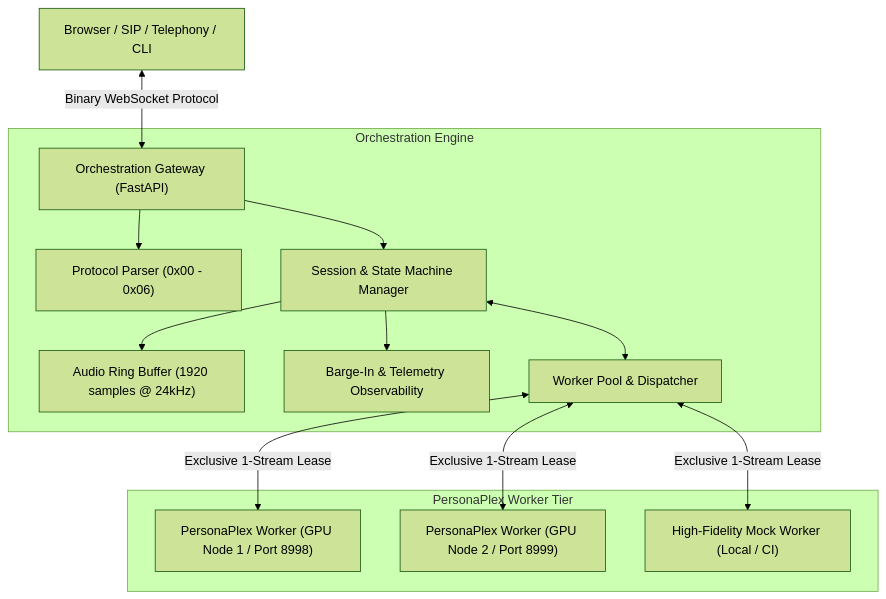
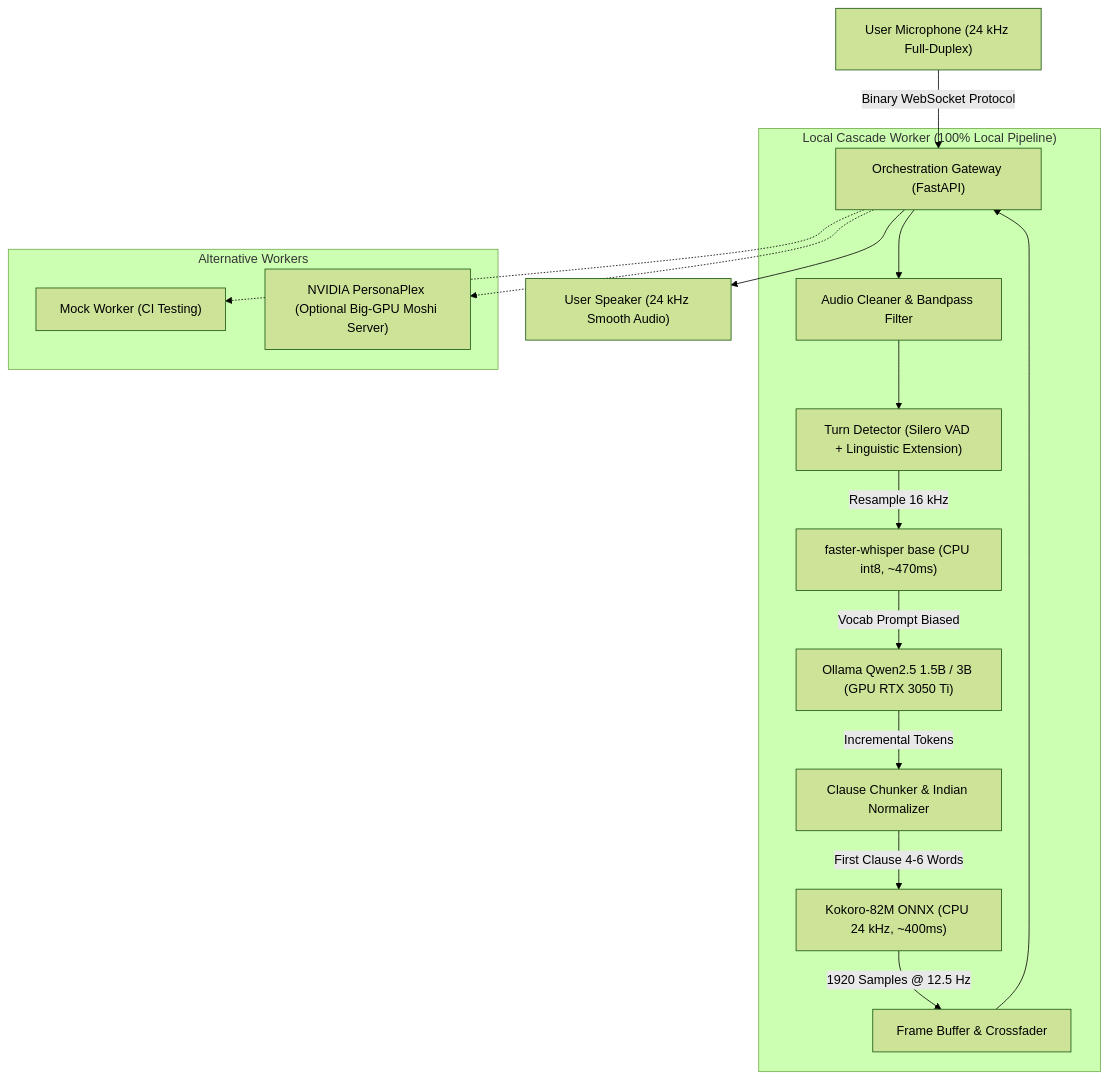
Before and after one commit to kishorrkumar/orchestration_ai: the diagram in README.md, drawn with Mermaid (forest theme). The commit also changed other lines of this file and 53 other files, not shown here.

Commit message:
feat: complete local cascade pipeline, Kokoro neural TTS, and Studio UI enhancements

````diff
--- a/README.md
+++ b/README.md
@@ -11,19 +11,25 @@
 ```mermaid
 flowchart TD
-    Client["Browser / SIP / Telephony / CLI"] <-->|Binary WebSocket Protocol| Gateway["Orchestration Gateway (FastAPI)"]
+    Caller["User Microphone (24 kHz Full-Duplex)"] -->|Binary WebSocket Protocol| Gateway["Orchestration Gateway (FastAPI)"]
     
-    subgraph OrchestrationLayer ["Orchestration Engine"]
-        Gateway --> ProtocolHandler["Protocol Parser (0x00 - 0x06)"]
-        Gateway --> SessionManager["Session & State Machine Manager"]
-        SessionManager --> JitterBuffer["Audio Ring Buffer (1920 samples @ 24kHz)"]
-        SessionManager --> MetricsTracker["Barge-In & Telemetry Observability"]
+    subgraph LocalCascadeEngine ["Local Cascade Worker (100% Local Pipeline)"]
+        Gateway --> Cleaner["Audio Cleaner & Bandpass Filter"]
+        Cleaner --> TurnDet["Turn Detector (Silero VAD + Linguistic Extension)"]
         
-        SessionManager <--> WorkerPool["Worker Pool & Dispatcher"]
+        TurnDet -->|Resample 16 kHz| ASR["faster-whisper base (CPU int8, ~470ms)"]
+        ASR -->|Vocab Prompt Biased| LLM["Ollama Qwen2.5 1.5B / 3B (GPU RTX 3050 Ti)"]
+        
+        LLM -->|Incremental Tokens| Chunker["Clause Chunker & Indian Normalizer"]
+        Chunker -->|First Clause 4-6 Words| TTS["Kokoro-82M ONNX (CPU 24 kHz, ~400ms)"]
+        
+        TTS -->|1920 Samples @ 12.5 Hz| OutBuffer["Frame Buffer & Crossfader"]
+        OutBuffer --> Gateway
     end
     
-    subgraph WorkerTier ["PersonaPlex Worker Tier"]
-        WorkerPool <-->|Exclusive 1-Stream Lease| Worker1["PersonaPlex Worker (GPU Node 1 / Port 8998)"]
-        WorkerPool <-->|Exclusive 1-Stream Lease| Worker2["PersonaPlex Worker (GPU Node 2 / Port 8999)"]
-        WorkerPool <-->|Exclusive 1-Stream Lease| MockWorker["High-Fidelity Mock Worker (Local / CI)"]
+    Gateway --> Speaker["User Speaker (24 kHz Smooth Audio)"]
+    
+    subgraph OptionalBackend ["Alternative Workers"]
+        Gateway -.-> Mock["Mock Worker (CI Testing)"]
+        Gateway -.-> PersonaPlex["NVIDIA PersonaPlex (Optional Big-GPU Moshi Server)"]
     end
 ```
````
